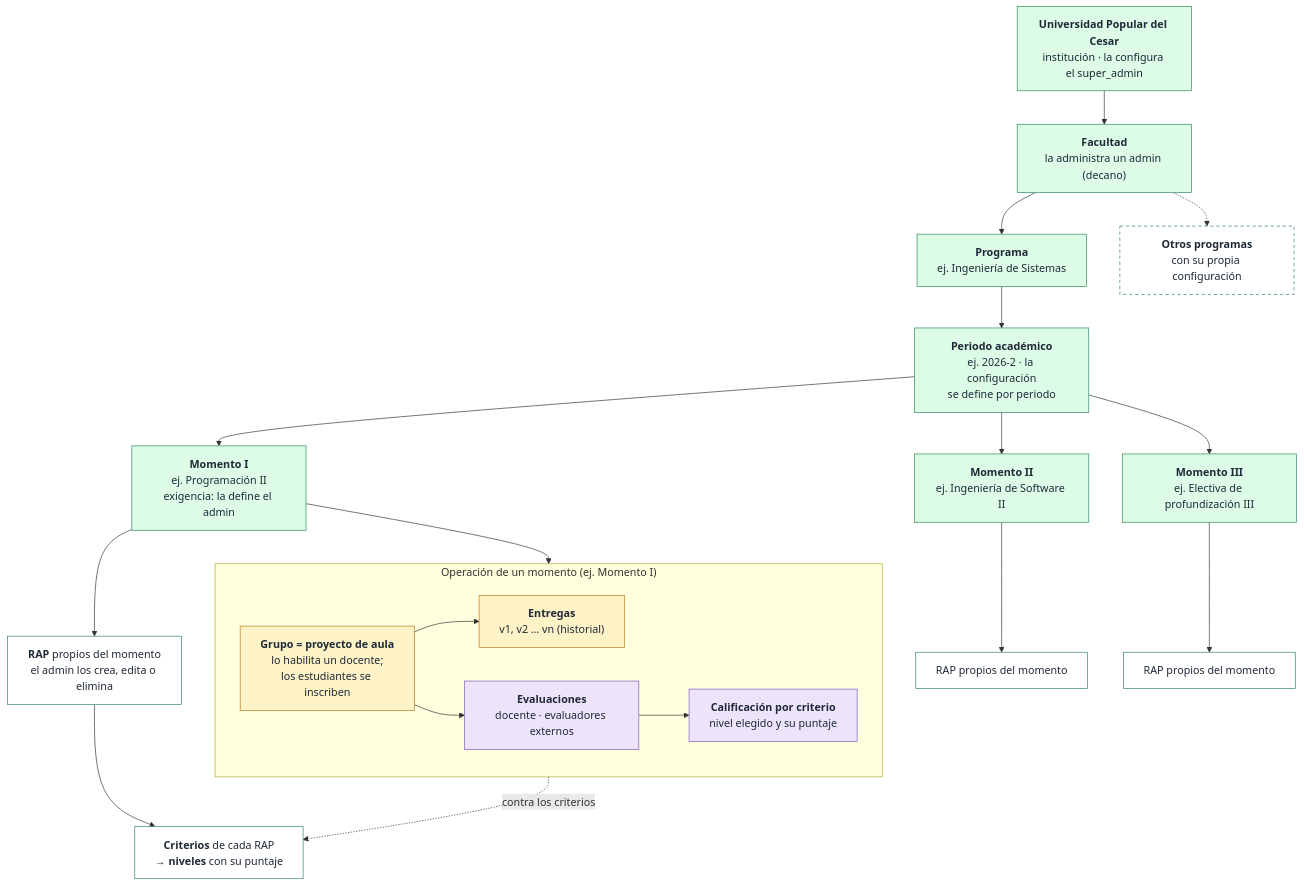
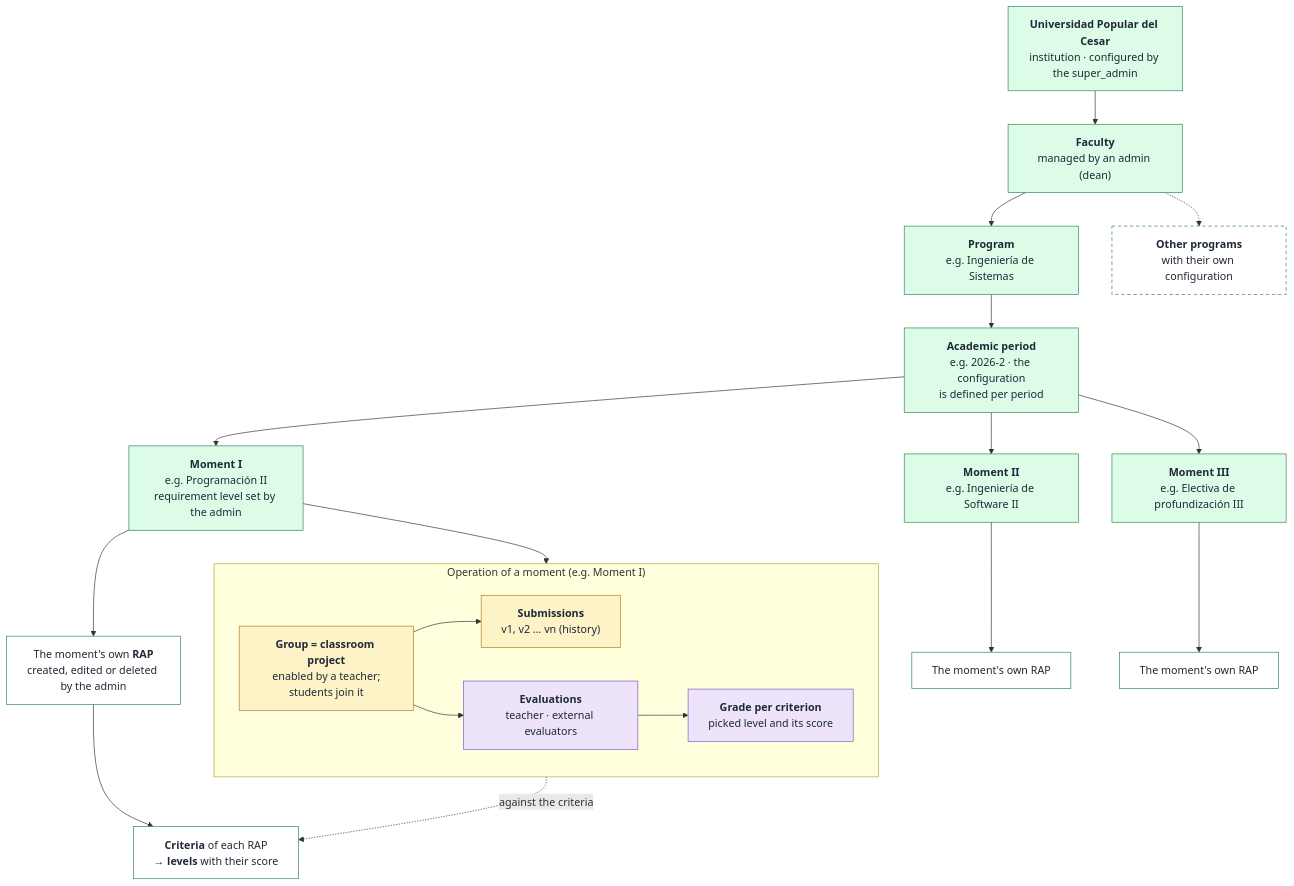
One commit to Oskarsito7/SIERAP changed the fourth of 6 diagrams in docs/diagramas/diagrama_jerarquias.md. Above: the diagram before and after it, drawn with Mermaid. The commit also changed other lines of this file and 10 other files, not shown here.

````diff
--- a/docs/diagramas/diagrama_jerarquias.md
+++ b/docs/diagramas/diagrama_jerarquias.md
@@ -118,43 +116,43 @@
 ```mermaid
 flowchart TD
-  UPC["<b>Universidad Popular del Cesar</b><br/>institución · la configura el super_admin"]
-  FAC["<b>Facultad</b><br/>la administra un admin (decano)"]
-  PROG["<b>Programa</b><br/>ej. Ingeniería de Sistemas"]
-  OTROS["<b>Otros programas</b><br/>con su propia configuración"]
-  PER["<b>Periodo académico</b><br/>ej. 2026-2 · la configuración<br/>se define por periodo"]
-  M1["<b>Momento I</b><br/>ej. Programación II<br/>exigencia: la define el admin"]
-  M2["<b>Momento II</b><br/>ej. Ingeniería de Software II"]
-  M3["<b>Momento III</b><br/>ej. Electiva de profundización III"]
-  R1["<b>RAP</b> propios del momento<br/>el admin los crea, edita o elimina"]
-  R2["RAP propios del momento"]
-  R3["RAP propios del momento"]
-  CRI["<b>Criterios</b> de cada RAP<br/>→ <b>niveles</b> con su puntaje"]
+  UPC["<b>Universidad Popular del Cesar</b><br/>institution · configured by the super_admin"]
+  FAC["<b>Faculty</b><br/>managed by an admin (dean)"]
+  PROG["<b>Program</b><br/>e.g. Ingeniería de Sistemas"]
+  OTROS["<b>Other programs</b><br/>with their own configuration"]
+  PER["<b>Academic period</b><br/>e.g. 2026-2 · the configuration<br/>is defined per period"]
+  M1["<b>Moment I</b><br/>e.g. Programación II<br/>requirement level set by the admin"]
+  M2["<b>Moment II</b><br/>e.g. Ingeniería de Software II"]
+  M3["<b>Moment III</b><br/>e.g. Electiva de profundización III"]
+  R1["The moment's own <b>RAP</b><br/>created, edited or deleted by the admin"]
+  R2["The moment's own RAP"]
+  R3["The moment's own RAP"]
+  CRI["<b>Criteria</b> of each RAP<br/>→ <b>levels</b> with their score"]
 
   UPC --> FAC --> PROG --> PER
   FAC -.-> OTROS
   PER --> M1 & M2 & M3
   M1 --> R1 --> CRI
   M2 --> R2
   M3 --> R3
 
-  subgraph OP["Operación de un momento (ej. Momento I)"]
+  subgraph OP["Operation of a moment (e.g. Moment I)"]
     direction LR
-    GRP["<b>Grupo = proyecto de aula</b><br/>lo habilita un docente;<br/>los estudiantes se inscriben"]
-    GRP --> ENT["<b>Entregas</b><br/>v1, v2 … vn (historial)"]
-    GRP --> EV["<b>Evaluaciones</b><br/>docente · evaluadores externos"]
-    EV --> CAL["<b>Calificación por criterio</b><br/>nivel elegido y su puntaje"]
+    GRP["<b>Group = classroom project</b><br/>enabled by a teacher;<br/>students join it"]
+    GRP --> ENT["<b>Submissions</b><br/>v1, v2 … vn (history)"]
+    GRP --> EV["<b>Evaluations</b><br/>teacher · external evaluators"]
+    EV --> CAL["<b>Grade per criterion</b><br/>picked level and its score"]
   end
   M1 --> GRP
-  CAL -. contra los criterios .-> CRI
+  CAL -. against the criteria .-> CRI
 
   classDef acad fill:#DCFCE7,stroke:#2F855A,color:#1F2937
   classDef oper fill:#FEF3C7,stroke:#B7791F,color:#1F2937
   classDef eval fill:#EDE4FB,stroke:#7E57C2,color:#1F2937
   classDef rap fill:#FFFFFF,stroke:#2F855A,color:#1F2937
   classDef otro fill:#FFFFFF,stroke:#2F855A,color:#1F2937,stroke-dasharray:5 4
   class UPC,FAC,PROG,PER,M1,M2,M3 acad
   class R1,R2,R3,CRI rap
   class OTROS otro
   class GRP,ENT oper
   class EV,CAL eval
 ```
````
